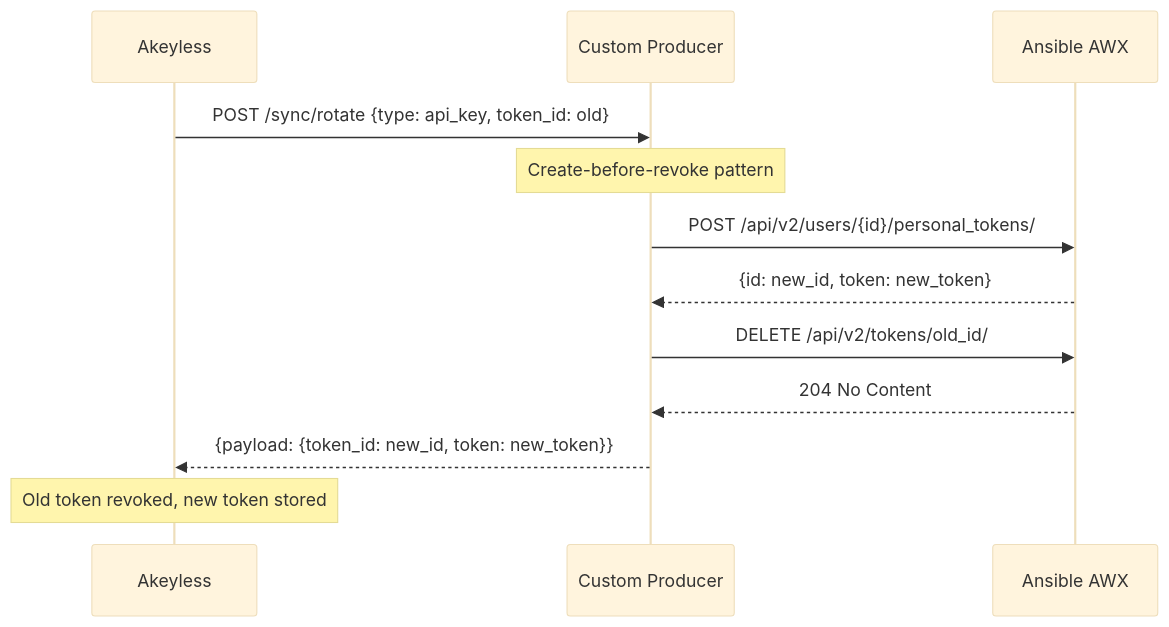
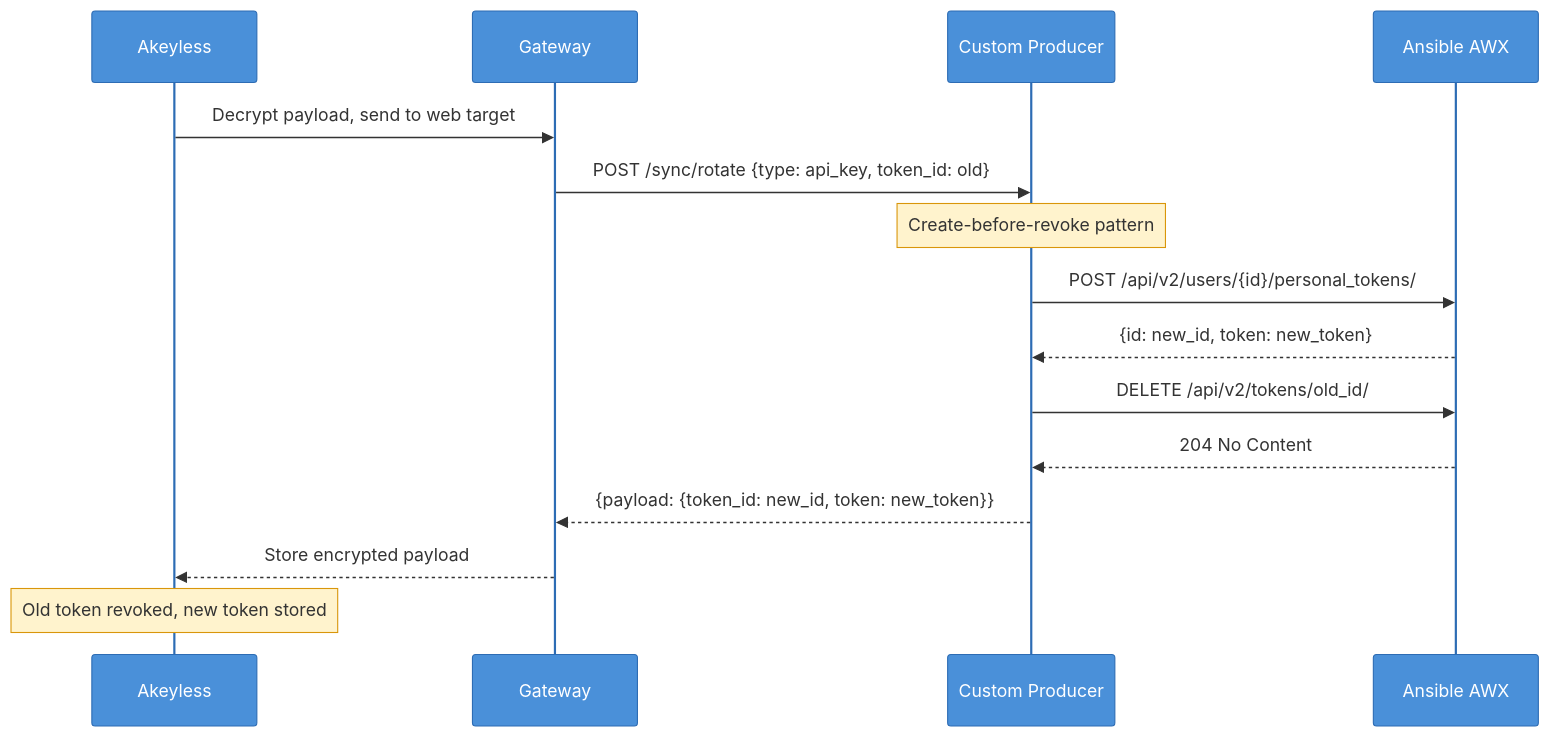
The third of 3 diagrams in README.md (Fahmy-Kadiri-akl/ansible-credential-rotation), drawn with Mermaid before and after one commit. The commit also changed other lines of this file and 23 other files, not shown here.

````diff
--- a/README.md
+++ b/README.md
@@ -186,23 +214,34 @@
 ```mermaid
 ---
 config:
   look: handDrawn
   theme: base
+  themeVariables:
+    actorBkg: "#4A90D9"
+    actorTextColor: "#fff"
+    actorBorder: "#2D6CB4"
+    signalColor: "#333"
+    noteBkgColor: "#FFF3CD"
+    noteBorderColor: "#D9960A"
+    noteTextColor: "#333"
 ---
 sequenceDiagram
     participant AKL as Akeyless
+    participant GW as Gateway
     participant CP as Custom Producer
     participant AWX as Ansible AWX
 
-    AKL->>CP: POST /sync/rotate {type: api_key, token_id: old}
+    AKL->>GW: Decrypt payload, send to web target
+    GW->>CP: POST /sync/rotate {type: api_key, token_id: old}
 
     Note over CP: Create-before-revoke pattern
 
     CP->>AWX: POST /api/v2/users/{id}/personal_tokens/
     AWX-->>CP: {id: new_id, token: new_token}
     CP->>AWX: DELETE /api/v2/tokens/old_id/
     AWX-->>CP: 204 No Content
-    CP-->>AKL: {payload: {token_id: new_id, token: new_token}}
+    CP-->>GW: {payload: {token_id: new_id, token: new_token}}
+    GW-->>AKL: Store encrypted payload
 
     Note over AKL: Old token revoked, new token stored
 ```
````
